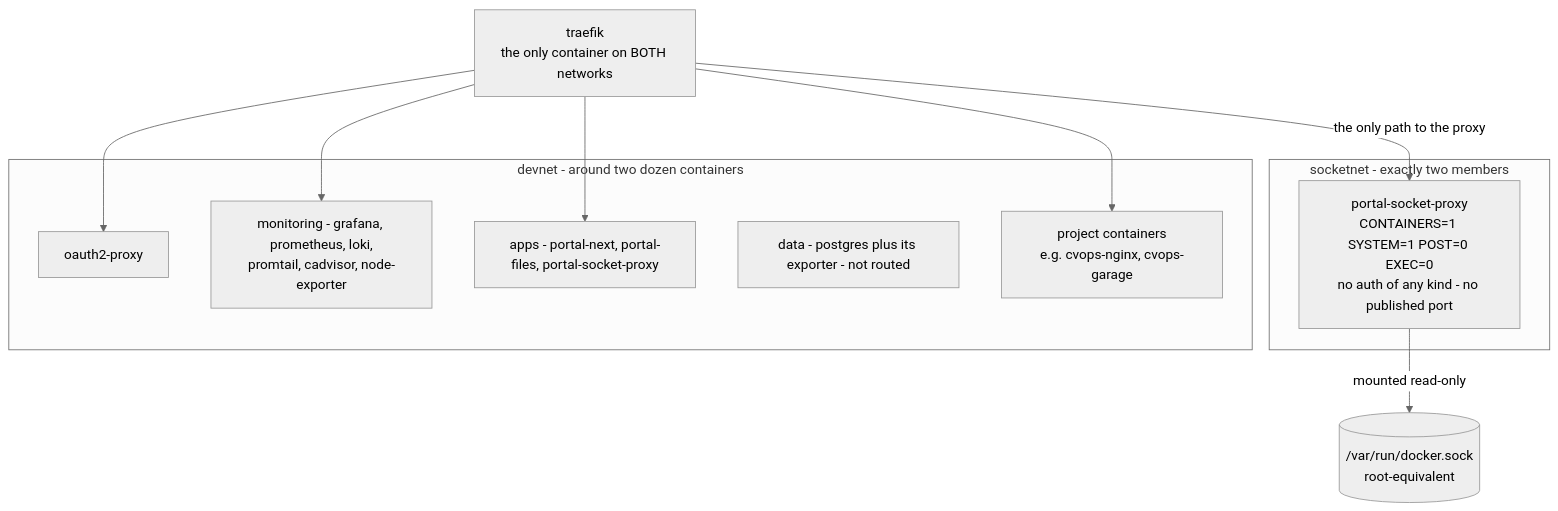
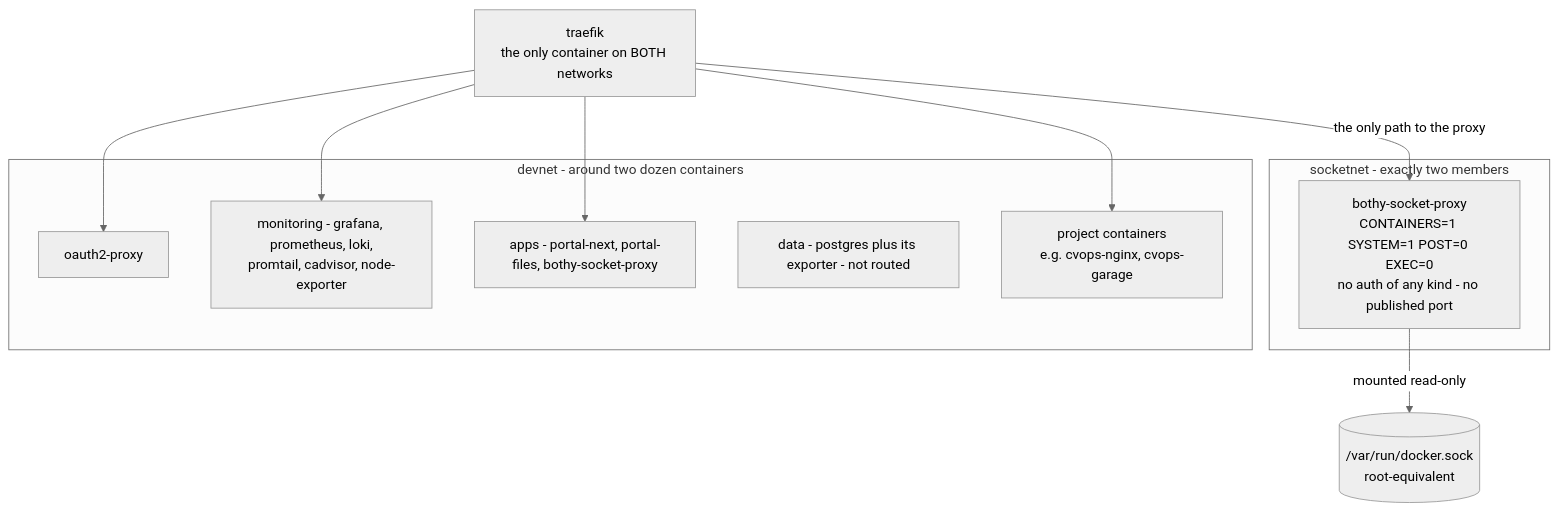
The second of 6 diagrams in docs/ARCHITECTURE.md (YehudaBriskman/Bothy), drawn with Mermaid (neutral theme) before and after one commit. The commit also changed other lines of this file and 14 other files, not shown here.

First line of the commit message:
chore(socket-proxy): rename portal-socket-proxy to bothy-socket-proxy (#116)

````diff
--- a/docs/ARCHITECTURE.md
+++ b/docs/ARCHITECTURE.md
@@ -185,25 +185,25 @@
 ```mermaid
 flowchart TB
     SOCKET[("/var/run/docker.sock<br/>root-equivalent")]
 
     subgraph s_socketnet["socketnet - exactly two members"]
-        PROXY["portal-socket-proxy<br/>CONTAINERS=1 SYSTEM=1 POST=0 EXEC=0<br/>no auth of any kind - no published port"]
+        PROXY["bothy-socket-proxy<br/>CONTAINERS=1 SYSTEM=1 POST=0 EXEC=0<br/>no auth of any kind - no published port"]
     end
 
     subgraph s_devnet["devnet - around two dozen containers"]
         OAUTH["oauth2-proxy"]
         OBS["monitoring - grafana, prometheus, loki,<br/>promtail, cadvisor, node-exporter"]
-        APPSG["apps - portal-next, portal-files, portal-socket-proxy"]
+        APPSG["apps - portal-next, portal-files, bothy-socket-proxy"]
         DATAG["data - postgres plus its exporter - not routed"]
         PROJ["project containers<br/>e.g. cvops-nginx, cvops-garage"]
     end
 
     TRAEFIK["traefik<br/>the only container on BOTH networks"]
 
     TRAEFIK --> OAUTH
     TRAEFIK --> OBS
     TRAEFIK --> APPSG
     TRAEFIK --> PROJ
     TRAEFIK -->|"the only path to the proxy"| PROXY
     PROXY -->|"mounted read-only"| SOCKET
 ```
````
